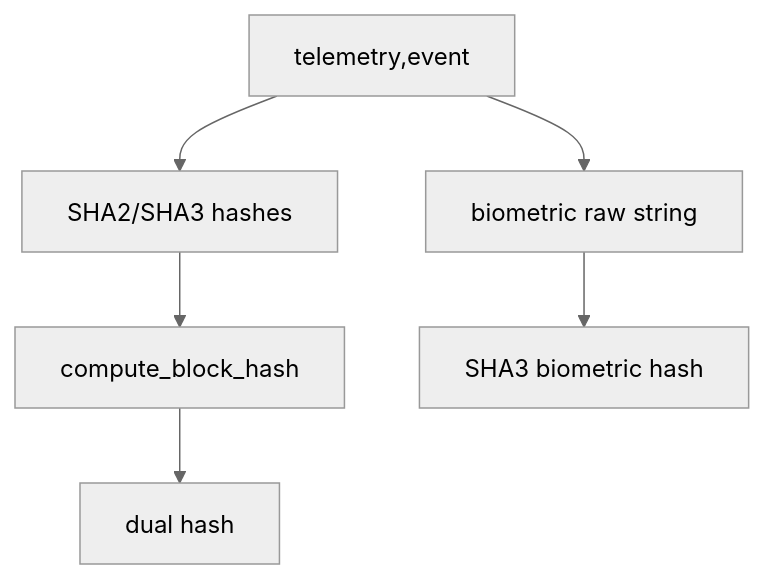
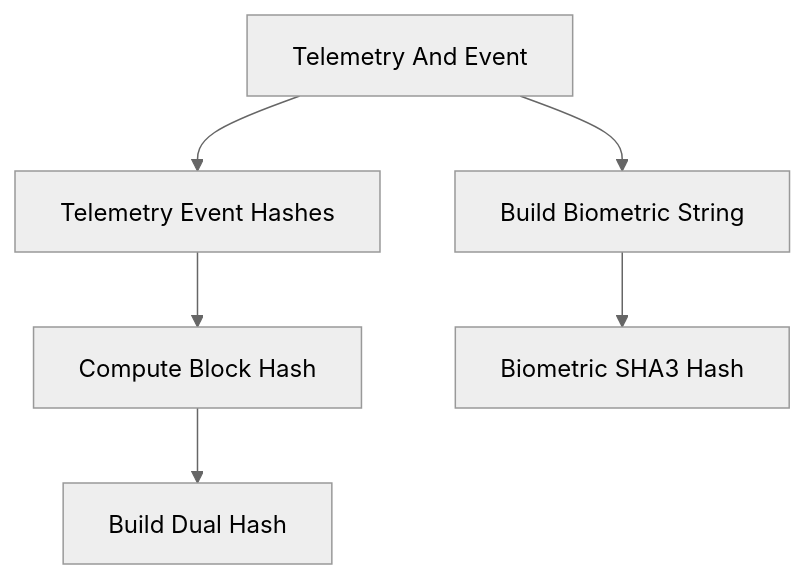
Before and after one commit to smshagor-dev/Next-Gen-Blockchain-for-Vehicle-Security: the fourth of 33 diagrams in readme.md, drawn with Mermaid (neutral theme). The commit also changed other lines of this file and 5 other files, not shown here.

````diff
--- a/readme.md
+++ b/readme.md
@@ -397,8 +398,8 @@
 ```mermaid
 flowchart TD
-    A[telemetry,event] --> B[SHA2/SHA3 hashes]
-    B --> C[compute_block_hash]
-    C --> D[dual hash]
-    A --> E[biometric raw string]
-    E --> F[SHA3 biometric hash]
+    A[Telemetry And Event] --> B[Telemetry Event Hashes]
+    B --> C[Compute Block Hash]
+    C --> D[Build Dual Hash]
+    A --> E[Build Biometric String]
+    E --> F[Biometric SHA3 Hash]
 ```
````
